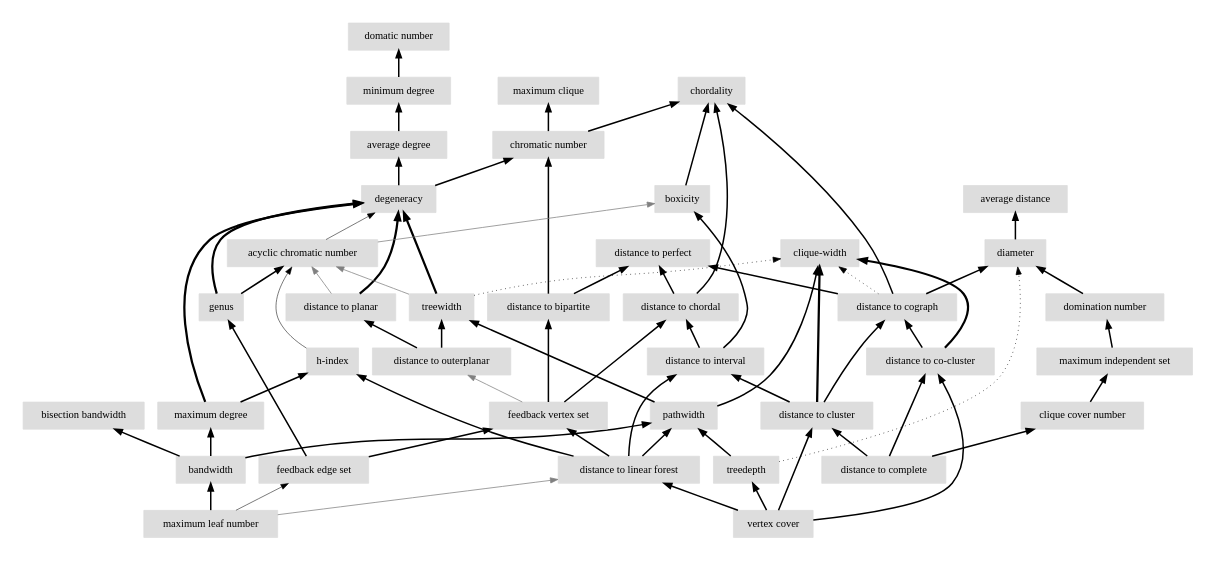
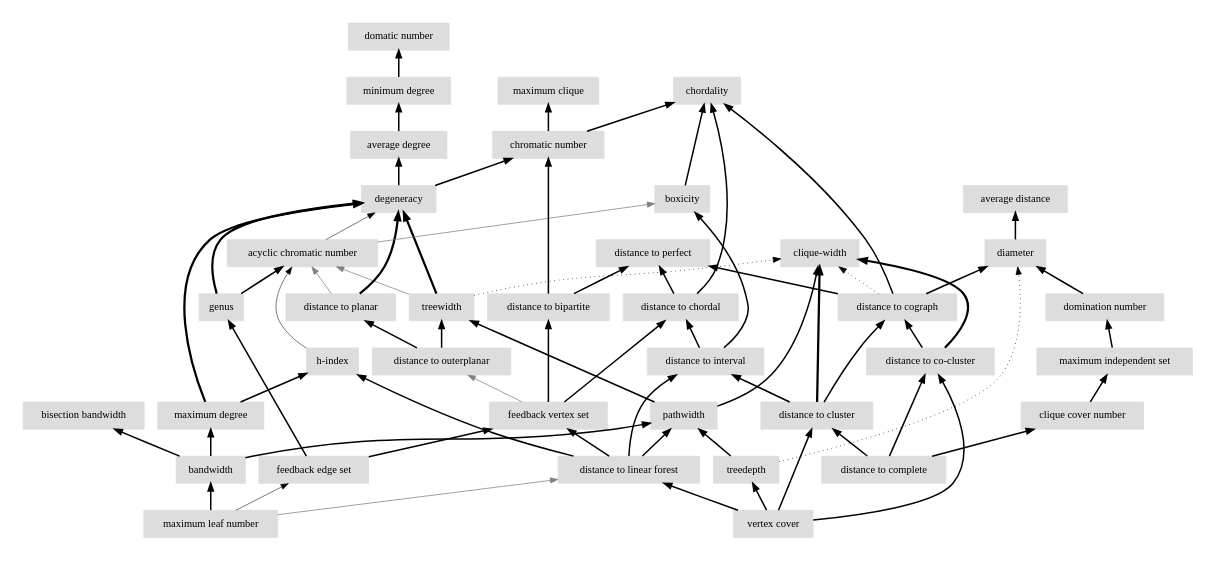
One commit to vaclavblazej/parameters changed the diagram in content/drawing_DYGiYb_0.dot. Above: the diagram before and after it, drawn with Graphviz. The commit also changed other lines of this file and 725 other files, not shown here.

```diff
--- a/content/drawing_DYGiYb_0.dot
+++ b/content/drawing_DYGiYb_0.dot
@@ -2,108 +2,108 @@
 	node [color=lightblue2 style=filled]
 	margin=0.04 size="6,6"
 	rankdir = BT
+	"n_w7MmyW" [label="chromatic number" URL="/parameters/html/w7MmyW" color="#dddddd" shape=box]
+	"n_yk7XP0" [label="distance to linear forest" URL="/parameters/html/yk7XP0" color="#dddddd" shape=box]
+	"n_5Q7fuR" [label="treewidth" URL="/parameters/html/5Q7fuR" color="#dddddd" shape=box]
+	"n_hbfWwE" [label="distance to co-cluster" URL="/parameters/html/hbfWwE" color="#dddddd" shape=box]
+	"n_p4bTjp" [label="diameter" URL="/parameters/html/p4bTjp" color="#dddddd" shape=box]
+	"n_wg5HuV" [label="clique-width" URL="/parameters/html/wg5HuV" color="#dddddd" shape=box]
+	"n_VowkuW" [label="degeneracy" URL="/parameters/html/VowkuW" color="#dddddd" shape=box]
+	"n_aXw3Co" [label="distance to cluster" URL="/parameters/html/aXw3Co" color="#dddddd" shape=box]
+	"n_a7MpiT" [label="boxicity" URL="/parameters/html/a7MpiT" color="#dddddd" shape=box]
+	"n_fTqo40" [label="chordality" URL="/parameters/html/fTqo40" color="#dddddd" shape=box]
+	"n_HTk9PZ" [label="feedback edge set" URL="/parameters/html/HTk9PZ" color="#dddddd" shape=box]
+	"n_q7zHeT" [label="maximum clique" URL="/parameters/html/q7zHeT" color="#dddddd" shape=box]
+	"n_MLJMRH" [label="distance to planar" URL="/parameters/html/MLJMRH" color="#dddddd" shape=box]
+	"n_KRV6tI" [label="domatic number" URL="/parameters/html/KRV6tI" color="#dddddd" shape=box]
+	"n_uDXX2i" [label="distance to cograph" URL="/parameters/html/uDXX2i" color="#dddddd" shape=box]
+	"n_wUdmUb" [label="bisection bandwidth" URL="/parameters/html/wUdmUb" color="#dddddd" shape=box]
+	"n_UyQ5yM" [label="maximum degree" URL="/parameters/html/UyQ5yM" color="#dddddd" shape=box]
+	"n_VHClqR" [label="pathwidth" URL="/parameters/html/VHClqR" color="#dddddd" shape=box]
+	"n_GPmOeT" [label="minimum degree" URL="/parameters/html/GPmOeT" color="#dddddd" shape=box]
+	"n_zH8PpT" [label="average distance" URL="/parameters/html/zH8PpT" color="#dddddd" shape=box]
+	"n_GNOiyB" [label="feedback vertex set" URL="/parameters/html/GNOiyB" color="#dddddd" shape=box]
+	"n_aP5a38" [label="bandwidth" URL="/parameters/html/aP5a38" color="#dddddd" shape=box]
+	"n_QGZuUW" [label="acyclic chromatic number" URL="/parameters/html/QGZuUW" color="#dddddd" shape=box]
+	"n_kJZKgd" [label="distance to perfect" URL="/parameters/html/kJZKgd" color="#dddddd" shape=box]
+	"n_Gq0onN" [label="domination number" URL="/parameters/html/Gq0onN" color="#dddddd" shape=box]
+	"n_VomShB" [label="clique cover number" URL="/parameters/html/VomShB" color="#dddddd" shape=box]
+	"n_AVc2K6" [label="distance to interval" URL="/parameters/html/AVc2K6" color="#dddddd" shape=box]
+	"n_2LDMQ6" [label="distance to complete" URL="/parameters/html/2LDMQ6" color="#dddddd" shape=box]
+	"n_gbaHdw" [label="genus" URL="/parameters/html/gbaHdw" color="#dddddd" shape=box]
+	"n_OdZQna" [label="distance to chordal" URL="/parameters/html/OdZQna" color="#dddddd" shape=box]
 	"n_1yW82F" [label="distance to bipartite" URL="/parameters/html/1yW82F" color="#dddddd" shape=box]
 	"n_BN92vX" [label="maximum leaf number" URL="/parameters/html/BN92vX" color="#dddddd" shape=box]
-	"n_KRV6tI" [label="domatic number" URL="/parameters/html/KRV6tI" color="#dddddd" shape=box]
+	"n_4lp9Yj" [label="vertex cover" URL="/parameters/html/4lp9Yj" color="#dddddd" shape=box]
+	"n_GNTwUS" [label="h-index" URL="/parameters/html/GNTwUS" color="#dddddd" shape=box]
 	"n_KEP2qM" [label="treedepth" URL="/parameters/html/KEP2qM" color="#dddddd" shape=box]
-	"n_VowkuW" [label="degeneracy" URL="/parameters/html/VowkuW" color="#dddddd" shape=box]
-	"n_q7zHeT" [label="maximum clique" URL="/parameters/html/q7zHeT" color="#dddddd" shape=box]
-	"n_AVc2K6" [label="distance to interval" URL="/parameters/html/AVc2K6" color="#dddddd" shape=box]
-	"n_hbfWwE" [label="distance to co-cluster" URL="/parameters/html/hbfWwE" color="#dddddd" shape=box]
-	"n_wUdmUb" [label="bisection bandwidth" URL="/parameters/html/wUdmUb" color="#dddddd" shape=box]
-	"n_MLJMRH" [label="distance to planar" URL="/parameters/html/MLJMRH" color="#dddddd" shape=box]
+	"n_lPHVWU" [label="distance to outerplanar" URL="/parameters/html/lPHVWU" color="#dddddd" shape=box]
+	"n_mHtXUU" [label="maximum independent set" URL="/parameters/html/mHtXUU" color="#dddddd" shape=box]
 	"n_z0y4TW" [label="average degree" URL="/parameters/html/z0y4TW" color="#dddddd" shape=box]
-	"n_w7MmyW" [label="chromatic number" URL="/parameters/html/w7MmyW" color="#dddddd" shape=box]
-	"n_VHClqR" [label="pathwidth" URL="/parameters/html/VHClqR" color="#dddddd" shape=box]
-	"n_GNTwUS" [label="h-index" URL="/parameters/html/GNTwUS" color="#dddddd" shape=box]
-	"n_fTqo40" [label="chordality" URL="/parameters/html/fTqo40" color="#dddddd" shape=box]
-	"n_aP5a38" [label="bandwidth" URL="/parameters/html/aP5a38" color="#dddddd" shape=box]
-	"n_4lp9Yj" [label="vertex cover" URL="/parameters/html/4lp9Yj" color="#dddddd" shape=box]
-	"n_p4bTjp" [label="diameter" URL="/parameters/html/p4bTjp" color="#dddddd" shape=box]
-	"n_VomShB" [label="clique cover number" URL="/parameters/html/VomShB" color="#dddddd" shape=box]
-	"n_HTk9PZ" [label="feedback edge set" URL="/parameters/html/HTk9PZ" color="#dddddd" shape=box]
-	"n_UyQ5yM" [label="maximum degree" URL="/parameters/html/UyQ5yM" color="#dddddd" shape=box]
-	"n_kJZKgd" [label="distance to perfect" URL="/parameters/html/kJZKgd" color="#dddddd" shape=box]
-	"n_lPHVWU" [label="distance to outerplanar" URL="/parameters/html/lPHVWU" color="#dddddd" shape=box]
-	"n_aXw3Co" [label="distance to cluster" URL="/parameters/html/aXw3Co" color="#dddddd" shape=box]
-	"n_uDXX2i" [label="distance to cograph" URL="/parameters/html/uDXX2i" color="#dddddd" shape=box]
-	"n_Gq0onN" [label="domination number" URL="/parameters/html/Gq0onN" color="#dddddd" shape=box]
-	"n_5Q7fuR" [label="treewidth" URL="/parameters/html/5Q7fuR" color="#dddddd" shape=box]
-	"n_GPmOeT" [label="minimum degree" URL="/parameters/html/GPmOeT" color="#dddddd" shape=box]
-	"n_QGZuUW" [label="acyclic chromatic number" URL="/parameters/html/QGZuUW" color="#dddddd" shape=box]
-	"n_zH8PpT" [label="average distance" URL="/parameters/html/zH8PpT" color="#dddddd" shape=box]
-	"n_OdZQna" [label="distance to chordal" URL="/parameters/html/OdZQna" color="#dddddd" shape=box]
-	"n_wg5HuV" [label="clique-width" URL="/parameters/html/wg5HuV" color="#dddddd" shape=box]
-	"n_GNOiyB" [label="feedback vertex set" URL="/parameters/html/GNOiyB" color="#dddddd" shape=box]
-	"n_yk7XP0" [label="distance to linear forest" URL="/parameters/html/yk7XP0" color="#dddddd" shape=box]
-	"n_mHtXUU" [label="maximum independent set" URL="/parameters/html/mHtXUU" color="#dddddd" shape=box]
-	"n_a7MpiT" [label="boxicity" URL="/parameters/html/a7MpiT" color="#dddddd" shape=box]
-	"n_2LDMQ6" [label="distance to complete" URL="/parameters/html/2LDMQ6" color="#dddddd" shape=box]
-	"n_gbaHdw" [label="genus" URL="/parameters/html/gbaHdw" color="#dddddd" shape=box]
+	"n_uDXX2i" -> "n_fTqo40" [label="" decorate=true lblstyle="above, sloped" weight="100" penwidth="2.0"]
+	"n_uDXX2i" -> "n_wg5HuV" [label="" decorate=true lblstyle="above, sloped" style="dotted" weight="1" penwidth="1.0"]
+	"n_AVc2K6" -> "n_a7MpiT" [label="" decorate=true lblstyle="above, sloped" weight="100" penwidth="2.0"]
+	"n_GPmOeT" -> "n_KRV6tI" [label="" decorate=true lblstyle="above, sloped" weight="100" penwidth="2.0"]
+	"n_yk7XP0" -> "n_GNTwUS" [label="" decorate=true lblstyle="above, sloped" weight="100" penwidth="2.0"]
 	"n_lPHVWU" -> "n_5Q7fuR" [label="" decorate=true lblstyle="above, sloped" weight="100" penwidth="2.0"]
-	"n_2LDMQ6" -> "n_aXw3Co" [label="" decorate=true lblstyle="above, sloped" weight="100" penwidth="2.0"]
-	"n_BN92vX" -> "n_HTk9PZ" [label="" decorate=true lblstyle="above, sloped" weight="20" penwidth="0.7"]
+	"n_2LDMQ6" -> "n_hbfWwE" [label="" decorate=true lblstyle="above, sloped" weight="100" penwidth="2.0"]
+	"n_4lp9Yj" -> "n_KEP2qM" [label="" decorate=true lblstyle="above, sloped" weight="100" penwidth="2.0"]
+	"n_gbaHdw" -> "n_VowkuW" [label="" decorate=true lblstyle="above, sloped" weight="100" penwidth="3.0"]
+	"n_Gq0onN" -> "n_p4bTjp" [label="" decorate=true lblstyle="above, sloped" weight="100" penwidth="2.0"]
+	"n_aP5a38" -> "n_wUdmUb" [label="" decorate=true lblstyle="above, sloped" weight="100" penwidth="2.0"]
+	"n_uDXX2i" -> "n_kJZKgd" [label="" decorate=true lblstyle="above, sloped" weight="100" penwidth="2.0"]
+	"n_VowkuW" -> "n_w7MmyW" [label="" decorate=true lblstyle="above, sloped" weight="100" penwidth="2.0"]
+	"n_HTk9PZ" -> "n_GNOiyB" [label="" decorate=true lblstyle="above, sloped" weight="100" penwidth="2.0"]
+	"n_HTk9PZ" -> "n_gbaHdw" [label="" decorate=true lblstyle="above, sloped" weight="100" penwidth="2.0"]
+	"n_a7MpiT" -> "n_fTqo40" [label="" decorate=true lblstyle="above, sloped" weight="100" penwidth="2.0"]
+	"n_QGZuUW" -> "n_a7MpiT" [label="" decorate=true lblstyle="above, sloped" color="gray" weight="1"]
+	"n_OdZQna" -> "n_kJZKgd" [label="" decorate=true lblstyle="above, sloped" weight="100" penwidth="2.0"]
+	"n_5Q7fuR" -> "n_QGZuUW" [label="" decorate=true lblstyle="above, sloped" color="gray" weight="1"]
+	"n_AVc2K6" -> "n_OdZQna" [label="" decorate=true lblstyle="above, sloped" weight="100" penwidth="2.0"]
+	"n_VomShB" -> "n_mHtXUU" [label="" decorate=true lblstyle="above, sloped" weight="100" penwidth="2.0"]
+	"n_aP5a38" -> "n_UyQ5yM" [label="" decorate=true lblstyle="above, sloped" weight="100" penwidth="2.0"]
+	"n_VHClqR" -> "n_wg5HuV" [label="" decorate=true lblstyle="above, sloped" weight="100" penwidth="2.0"]
+	"n_lPHVWU" -> "n_MLJMRH" [label="" decorate=true lblstyle="above, sloped" weight="100" penwidth="2.0"]
+	"n_QGZuUW" -> "n_VowkuW" [label="" decorate=true lblstyle="above, sloped" weight="20" penwidth="0.7"]
+	"n_BN92vX" -> "n_yk7XP0" [label="" decorate=true lblstyle="above, sloped" color="gray" weight="1"]
+	"n_4lp9Yj" -> "n_yk7XP0" [label="" decorate=true lblstyle="above, sloped" weight="100" penwidth="2.0"]
+	"n_yk7XP0" -> "n_VHClqR" [label="" decorate=true lblstyle="above, sloped" weight="100" penwidth="2.0"]
+	"n_aXw3Co" -> "n_uDXX2i" [label="" decorate=true lblstyle="above, sloped" weight="100" penwidth="2.0"]
+	"n_1yW82F" -> "n_w7MmyW" [label="" decorate=true lblstyle="above, sloped" weight="100" penwidth="2.0"]
+	"n_aP5a38" -> "n_VHClqR" [label="" decorate=true lblstyle="above, sloped" weight="100" penwidth="2.0"]
+	"n_aXw3Co" -> "n_wg5HuV" [label="" decorate=true lblstyle="above, sloped" weight="100" penwidth="3.0"]
+	"n_hbfWwE" -> "n_uDXX2i" [label="" decorate=true lblstyle="above, sloped" weight="100" penwidth="2.0"]
+	"n_1yW82F" -> "n_kJZKgd" [label="" decorate=true lblstyle="above, sloped" weight="100" penwidth="2.0"]
+	"n_MLJMRH" -> "n_QGZuUW" [label="" decorate=true lblstyle="above, sloped" color="gray" weight="1"]
+	"n_4lp9Yj" -> "n_hbfWwE" [label="" decorate=true lblstyle="above, sloped" weight="100" penwidth="2.0"]
+	"n_GNOiyB" -> "n_lPHVWU" [label="" decorate=true lblstyle="above, sloped" color="gray" weight="1"]
+	"n_hbfWwE" -> "n_wg5HuV" [label="" decorate=true lblstyle="above, sloped" weight="100" penwidth="3.0"]
+	"n_w7MmyW" -> "n_fTqo40" [label="" decorate=true lblstyle="above, sloped" weight="100" penwidth="2.0"]
+	"n_5Q7fuR" -> "n_wg5HuV" [label="" decorate=true lblstyle="above, sloped" style="dotted" weight="1" penwidth="1.0"]
+	"n_5Q7fuR" -> "n_VowkuW" [label="" decorate=true lblstyle="above, sloped" weight="100" penwidth="3.0"]
+	"n_p4bTjp" -> "n_zH8PpT" [label="" decorate=true lblstyle="above, sloped" weight="100" penwidth="2.0"]
+	"n_yk7XP0" -> "n_GNOiyB" [label="" decorate=true lblstyle="above, sloped" weight="100" penwidth="2.0"]
+	"n_KEP2qM" -> "n_VHClqR" [label="" decorate=true lblstyle="above, sloped" weight="100" penwidth="2.0"]
+	"n_VowkuW" -> "n_z0y4TW" [label="" decorate=true lblstyle="above, sloped" weight="100" penwidth="2.0"]
+	"n_gbaHdw" -> "n_QGZuUW" [label="" decorate=true lblstyle="above, sloped" weight="100" penwidth="2.0"]
+	"n_VHClqR" -> "n_5Q7fuR" [label="" decorate=true lblstyle="above, sloped" weight="100" penwidth="2.0"]
 	"n_4lp9Yj" -> "n_aXw3Co" [label="" decorate=true lblstyle="above, sloped" weight="100" penwidth="2.0"]
+	"n_MLJMRH" -> "n_VowkuW" [label="" decorate=true lblstyle="above, sloped" weight="100" penwidth="3.0"]
+	"n_BN92vX" -> "n_aP5a38" [label="" decorate=true lblstyle="above, sloped" weight="100" penwidth="2.0"]
+	"n_GNOiyB" -> "n_OdZQna" [label="" decorate=true lblstyle="above, sloped" weight="100" penwidth="2.0"]
+	"n_w7MmyW" -> "n_q7zHeT" [label="" decorate=true lblstyle="above, sloped" weight="100" penwidth="2.0"]
+	"n_mHtXUU" -> "n_Gq0onN" [label="" decorate=true lblstyle="above, sloped" weight="100" penwidth="2.0"]
+	"n_OdZQna" -> "n_fTqo40" [label="" decorate=true lblstyle="above, sloped" weight="100" penwidth="2.0"]
+	"n_UyQ5yM" -> "n_GNTwUS" [label="" decorate=true lblstyle="above, sloped" weight="100" penwidth="2.0"]
 	"n_yk7XP0" -> "n_AVc2K6" [label="" decorate=true lblstyle="above, sloped" weight="100" penwidth="2.0"]
-	"n_QGZuUW" -> "n_VowkuW" [label="" decorate=true lblstyle="above, sloped" weight="20" penwidth="0.7"]
-	"n_gbaHdw" -> "n_QGZuUW" [label="" decorate=true lblstyle="above, sloped" weight="100" penwidth="2.0"]
-	"n_1yW82F" -> "n_w7MmyW" [label="" decorate=true lblstyle="above, sloped" weight="100" penwidth="2.0"]
-	"n_aXw3Co" -> "n_wg5HuV" [label="" decorate=true lblstyle="above, sloped" weight="100" penwidth="3.0"]
-	"n_HTk9PZ" -> "n_gbaHdw" [label="" decorate=true lblstyle="above, sloped" weight="100" penwidth="2.0"]
-	"n_4lp9Yj" -> "n_yk7XP0" [label="" decorate=true lblstyle="above, sloped" weight="100" penwidth="2.0"]
+	"n_UyQ5yM" -> "n_VowkuW" [label="" decorate=true lblstyle="above, sloped" weight="100" penwidth="3.0"]
 	"n_2LDMQ6" -> "n_VomShB" [label="" decorate=true lblstyle="above, sloped" weight="100" penwidth="2.0"]
 	"n_GNTwUS" -> "n_QGZuUW" [label="" decorate=true lblstyle="above, sloped" weight="20" penwidth="0.7"]
-	"n_UyQ5yM" -> "n_VowkuW" [label="" decorate=true lblstyle="above, sloped" weight="100" penwidth="3.0"]
-	"n_BN92vX" -> "n_yk7XP0" [label="" decorate=true lblstyle="above, sloped" color="gray" weight="1"]
-	"n_VHClqR" -> "n_5Q7fuR" [label="" decorate=true lblstyle="above, sloped" weight="100" penwidth="2.0"]
+	"n_uDXX2i" -> "n_p4bTjp" [label="" decorate=true lblstyle="above, sloped" weight="100" penwidth="2.0"]
+	"n_2LDMQ6" -> "n_aXw3Co" [label="" decorate=true lblstyle="above, sloped" weight="100" penwidth="2.0"]
 	"n_aXw3Co" -> "n_AVc2K6" [label="" decorate=true lblstyle="above, sloped" weight="100" penwidth="2.0"]
-	"n_uDXX2i" -> "n_kJZKgd" [label="" decorate=true lblstyle="above, sloped" weight="100" penwidth="2.0"]
-	"n_GPmOeT" -> "n_KRV6tI" [label="" decorate=true lblstyle="above, sloped" weight="100" penwidth="2.0"]
-	"n_mHtXUU" -> "n_Gq0onN" [label="" decorate=true lblstyle="above, sloped" weight="100" penwidth="2.0"]
-	"n_AVc2K6" -> "n_a7MpiT" [label="" decorate=true lblstyle="above, sloped" weight="100" penwidth="2.0"]
-	"n_aXw3Co" -> "n_uDXX2i" [label="" decorate=true lblstyle="above, sloped" weight="100" penwidth="2.0"]
-	"n_aP5a38" -> "n_UyQ5yM" [label="" decorate=true lblstyle="above, sloped" weight="100" penwidth="2.0"]
-	"n_OdZQna" -> "n_kJZKgd" [label="" decorate=true lblstyle="above, sloped" weight="100" penwidth="2.0"]
 	"n_z0y4TW" -> "n_GPmOeT" [label="" decorate=true lblstyle="above, sloped" weight="100" penwidth="2.0"]
-	"n_yk7XP0" -> "n_GNOiyB" [label="" decorate=true lblstyle="above, sloped" weight="100" penwidth="2.0"]
-	"n_AVc2K6" -> "n_OdZQna" [label="" decorate=true lblstyle="above, sloped" weight="100" penwidth="2.0"]
-	"n_uDXX2i" -> "n_wg5HuV" [label="" decorate=true lblstyle="above, sloped" style="dotted" weight="1" penwidth="1.0"]
 	"n_KEP2qM" -> "n_p4bTjp" [label="" decorate=true lblstyle="above, sloped" style="dotted" weight="1" penwidth="1.0"]
-	"n_hbfWwE" -> "n_uDXX2i" [label="" decorate=true lblstyle="above, sloped" weight="100" penwidth="2.0"]
-	"n_yk7XP0" -> "n_GNTwUS" [label="" decorate=true lblstyle="above, sloped" weight="100" penwidth="2.0"]
-	"n_p4bTjp" -> "n_zH8PpT" [label="" decorate=true lblstyle="above, sloped" weight="100" penwidth="2.0"]
-	"n_a7MpiT" -> "n_fTqo40" [label="" decorate=true lblstyle="above, sloped" weight="100" penwidth="2.0"]
-	"n_VHClqR" -> "n_wg5HuV" [label="" decorate=true lblstyle="above, sloped" weight="100" penwidth="2.0"]
+	"n_BN92vX" -> "n_HTk9PZ" [label="" decorate=true lblstyle="above, sloped" weight="20" penwidth="0.7"]
 	"n_GNOiyB" -> "n_1yW82F" [label="" decorate=true lblstyle="above, sloped" weight="100" penwidth="2.0"]
-	"n_Gq0onN" -> "n_p4bTjp" [label="" decorate=true lblstyle="above, sloped" weight="100" penwidth="2.0"]
-	"n_4lp9Yj" -> "n_hbfWwE" [label="" decorate=true lblstyle="above, sloped" weight="100" penwidth="2.0"]
-	"n_lPHVWU" -> "n_MLJMRH" [label="" decorate=true lblstyle="above, sloped" weight="100" penwidth="2.0"]
-	"n_yk7XP0" -> "n_VHClqR" [label="" decorate=true lblstyle="above, sloped" weight="100" penwidth="2.0"]
-	"n_HTk9PZ" -> "n_GNOiyB" [label="" decorate=true lblstyle="above, sloped" weight="100" penwidth="2.0"]
-	"n_w7MmyW" -> "n_q7zHeT" [label="" decorate=true lblstyle="above, sloped" weight="100" penwidth="2.0"]
-	"n_uDXX2i" -> "n_p4bTjp" [label="" decorate=true lblstyle="above, sloped" weight="100" penwidth="2.0"]
-	"n_OdZQna" -> "n_fTqo40" [label="" decorate=true lblstyle="above, sloped" weight="100" penwidth="2.0"]
-	"n_QGZuUW" -> "n_a7MpiT" [label="" decorate=true lblstyle="above, sloped" color="gray" weight="1"]
-	"n_KEP2qM" -> "n_VHClqR" [label="" decorate=true lblstyle="above, sloped" weight="100" penwidth="2.0"]
-	"n_5Q7fuR" -> "n_VowkuW" [label="" decorate=true lblstyle="above, sloped" weight="100" penwidth="3.0"]
-	"n_GNOiyB" -> "n_lPHVWU" [label="" decorate=true lblstyle="above, sloped" color="gray" weight="1"]
-	"n_UyQ5yM" -> "n_GNTwUS" [label="" decorate=true lblstyle="above, sloped" weight="100" penwidth="2.0"]
-	"n_MLJMRH" -> "n_QGZuUW" [label="" decorate=true lblstyle="above, sloped" color="gray" weight="1"]
-	"n_5Q7fuR" -> "n_QGZuUW" [label="" decorate=true lblstyle="above, sloped" color="gray" weight="1"]
-	"n_gbaHdw" -> "n_VowkuW" [label="" decorate=true lblstyle="above, sloped" weight="100" penwidth="3.0"]
-	"n_aP5a38" -> "n_VHClqR" [label="" decorate=true lblstyle="above, sloped" weight="100" penwidth="2.0"]
-	"n_4lp9Yj" -> "n_KEP2qM" [label="" decorate=true lblstyle="above, sloped" weight="100" penwidth="2.0"]
-	"n_aP5a38" -> "n_wUdmUb" [label="" decorate=true lblstyle="above, sloped" weight="100" penwidth="2.0"]
-	"n_VowkuW" -> "n_w7MmyW" [label="" decorate=true lblstyle="above, sloped" weight="100" penwidth="2.0"]
-	"n_GNOiyB" -> "n_OdZQna" [label="" decorate=true lblstyle="above, sloped" weight="100" penwidth="2.0"]
-	"n_2LDMQ6" -> "n_hbfWwE" [label="" decorate=true lblstyle="above, sloped" weight="100" penwidth="2.0"]
-	"n_uDXX2i" -> "n_fTqo40" [label="" decorate=true lblstyle="above, sloped" weight="100" penwidth="2.0"]
-	"n_w7MmyW" -> "n_fTqo40" [label="" decorate=true lblstyle="above, sloped" weight="100" penwidth="2.0"]
-	"n_hbfWwE" -> "n_wg5HuV" [label="" decorate=true lblstyle="above, sloped" weight="100" penwidth="3.0"]
-	"n_VomShB" -> "n_mHtXUU" [label="" decorate=true lblstyle="above, sloped" weight="100" penwidth="2.0"]
-	"n_5Q7fuR" -> "n_wg5HuV" [label="" decorate=true lblstyle="above, sloped" style="dotted" weight="1" penwidth="1.0"]
-	"n_VowkuW" -> "n_z0y4TW" [label="" decorate=true lblstyle="above, sloped" weight="100" penwidth="2.0"]
-	"n_MLJMRH" -> "n_VowkuW" [label="" decorate=true lblstyle="above, sloped" weight="100" penwidth="3.0"]
-	"n_1yW82F" -> "n_kJZKgd" [label="" decorate=true lblstyle="above, sloped" weight="100" penwidth="2.0"]
-	"n_BN92vX" -> "n_aP5a38" [label="" decorate=true lblstyle="above, sloped" weight="100" penwidth="2.0"]
 }
```
